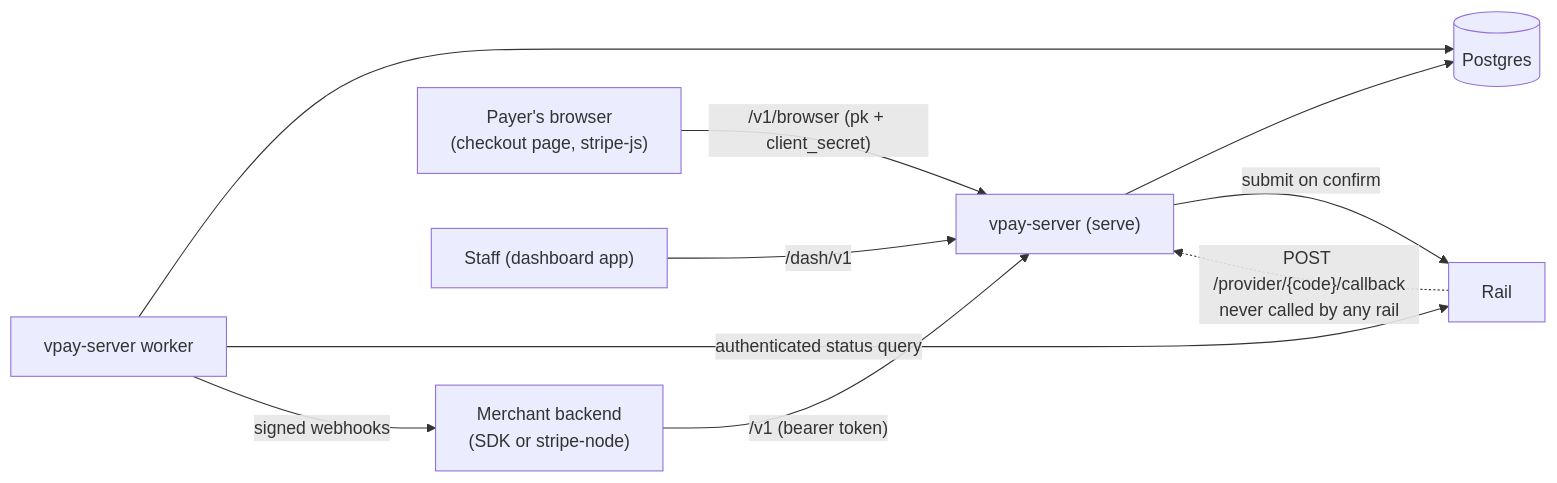
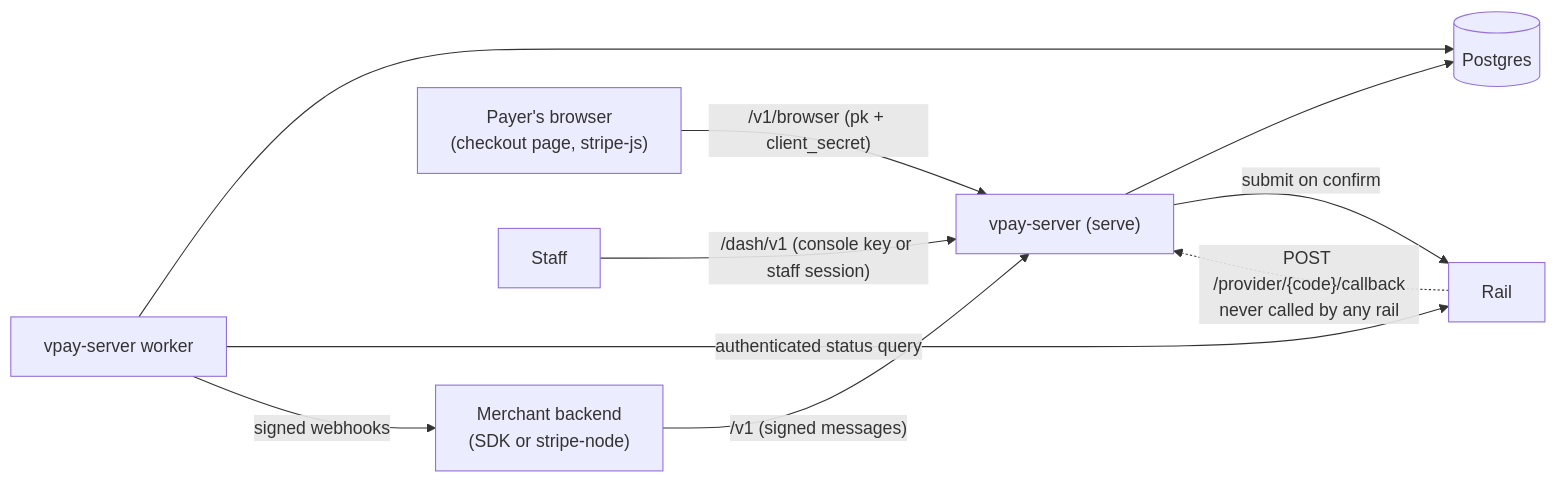
Before and after one commit to vaam-apps/vpay-docs: the second of 3 diagrams in docs/guide/what-is-vpay.md, drawn with Mermaid. The commit also changed other lines of this file and 29 other files, not shown here.

````diff
--- a/docs/guide/what-is-vpay.md
+++ b/docs/guide/what-is-vpay.md
@@ -140,12 +146,12 @@
 ```mermaid
 flowchart LR
-    M["Merchant backend<br/>(SDK or stripe-node)"] -->|"/v1 (bearer token)"| S
+    M["Merchant backend<br/>(SDK or stripe-node)"] -->|"/v1 (signed messages)"| S
     B["Payer's browser<br/>(checkout page, stripe-js)"] -->|"/v1/browser (pk + client_secret)"| S
-    ST["Staff (dashboard app)"] -->|"/dash/v1"| S
+    ST["Staff"] -->|"/dash/v1 (console key or staff session)"| S
     RL["Rail"] -.->|"POST /provider/{code}/callback<br/>never called by any rail"| S
     S["vpay-server (serve)"] --> DB[("Postgres")]
     WK["vpay-server worker"] --> DB
     S -->|"submit on confirm"| RL
     WK -->|"authenticated status query"| RL
     WK -->|"signed webhooks"| M
 ```
````
